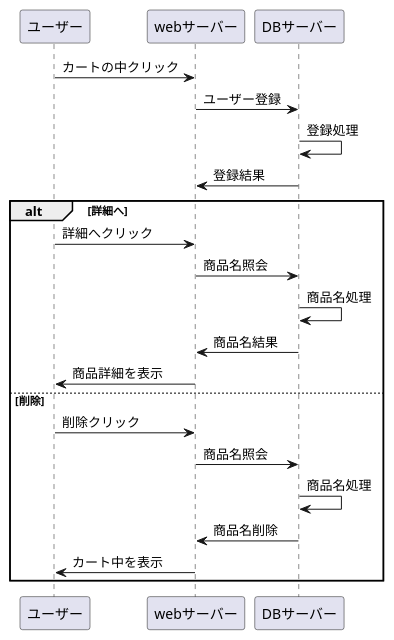
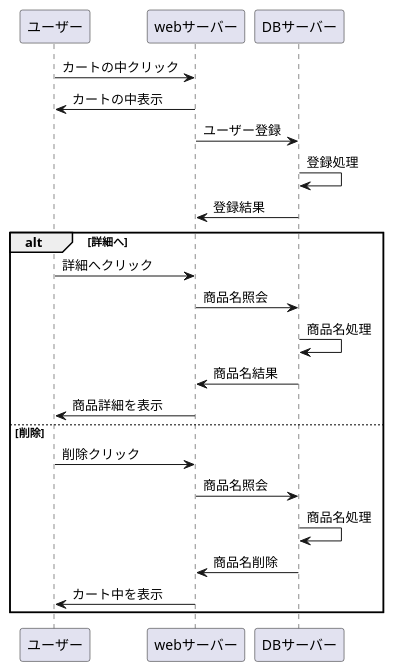
The diagram in ka-toin.md (Aso2001403/2021sys-design), drawn with PlantUML before and after one commit.

````diff
--- a/ka-toin.md
+++ b/ka-toin.md
@@ -1,24 +1,26 @@
 ```uml
 @startuml
  ユーザー -> webサーバー : カートの中クリック
+ webサーバー -> ユーザー : カートの中表示
+ 
  webサーバー -> DBサーバー : ユーザー登録
  DBサーバー -> DBサーバー : 登録処理
  DBサーバー -> webサーバー : 登録結果
 
  alt 詳細へ
 ユーザー -> webサーバー : 詳細へクリック
 webサーバー -> DBサーバー : 商品名照会
 DBサーバー -> DBサーバー : 商品名処理
 DBサーバー -> webサーバー : 商品名結果
 webサーバー -> ユーザー : 商品詳細を表示
  else 削除
 ユーザー -> webサーバー : 削除クリック
 webサーバー -> DBサーバー : 商品名照会
 DBサーバー -> DBサーバー : 商品名処理
 DBサーバー -> webサーバー : 商品名削除
 webサーバー -> ユーザー : カート中を表示
  end
 
 
 @enduml
 ```
````
